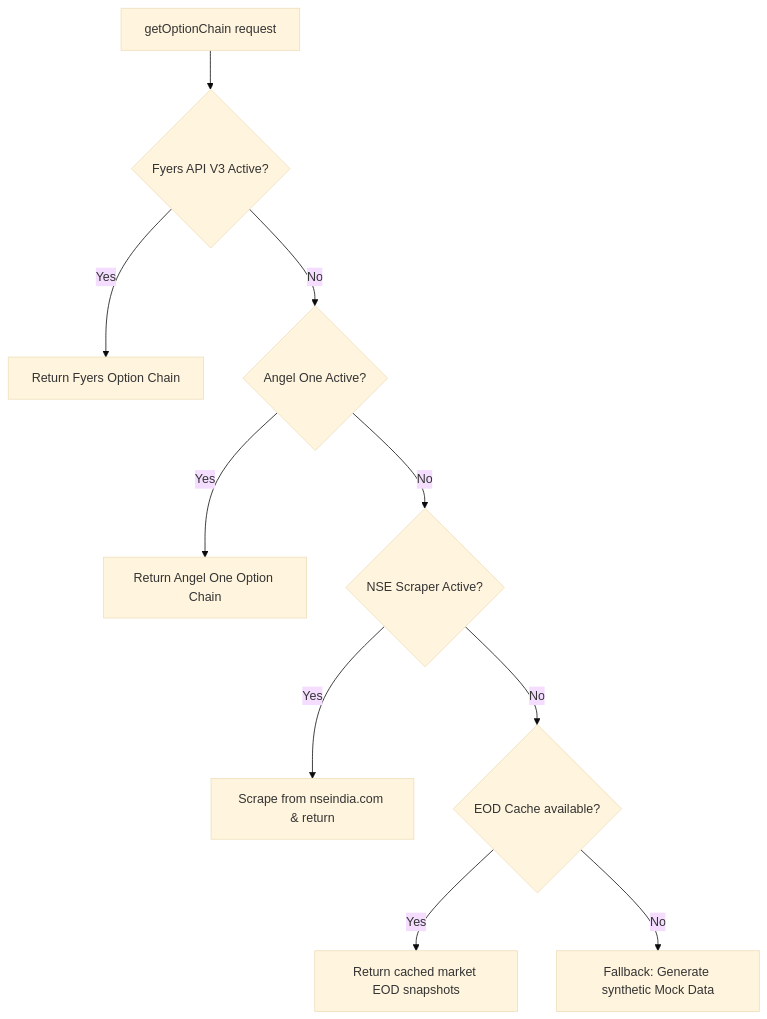
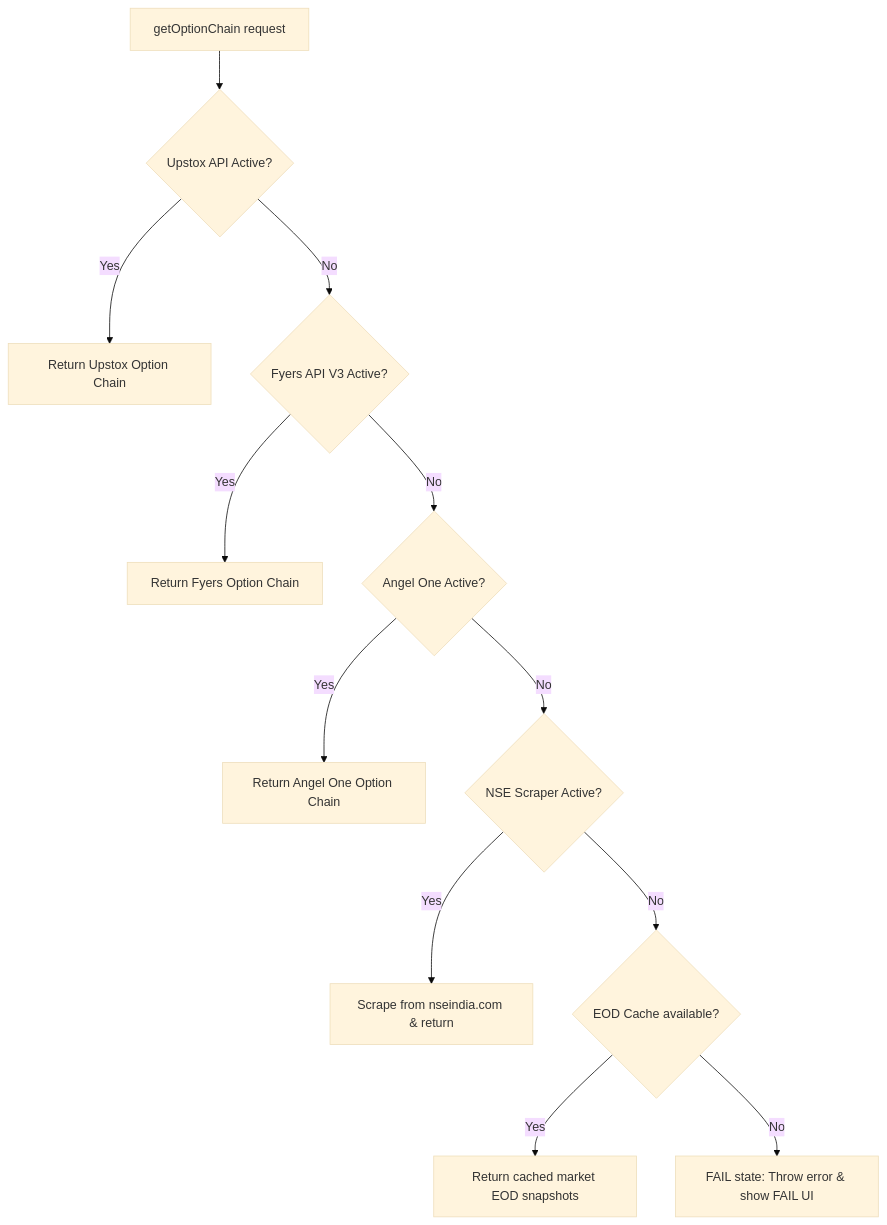
One commit to fahimrox/indiandeshboard changed the second of 2 diagrams in PROJECT_SUMMARY.md. Above: the diagram before and after it, drawn with Mermaid (base theme). The commit also changed other lines of this file and 6 other files, not shown here.

````diff
--- a/PROJECT_SUMMARY.md
+++ b/PROJECT_SUMMARY.md
@@ -96,12 +94,14 @@
 ```mermaid
 graph TD
-    A[getOptionChain request] --> B{Fyers API V3 Active?}
-    B -- Yes --> C[Return Fyers Option Chain]
-    B -- No --> D{Angel One Active?}
-    D -- Yes --> E[Return Angel One Option Chain]
-    D -- No --> F{NSE Scraper Active?}
-    F -- Yes --> G[Scrape from nseindia.com & return]
-    F -- No --> H{EOD Cache available?}
-    H -- Yes --> I[Return cached market EOD snapshots]
-    H -- No --> J[Fallback: Generate synthetic Mock Data]
+    A[getOptionChain request] --> B{Upstox API Active?}
+    B -- Yes --> C[Return Upstox Option Chain]
+    B -- No --> D{Fyers API V3 Active?}
+    D -- Yes --> E[Return Fyers Option Chain]
+    D -- No --> F{Angel One Active?}
+    F -- Yes --> G[Return Angel One Option Chain]
+    F -- No --> H{NSE Scraper Active?}
+    H -- Yes --> I[Scrape from nseindia.com & return]
+    H -- No --> J{EOD Cache available?}
+    J -- Yes --> K[Return cached market EOD snapshots]
+    J -- No --> L[FAIL state: Throw error & show FAIL UI]
 ```
````
